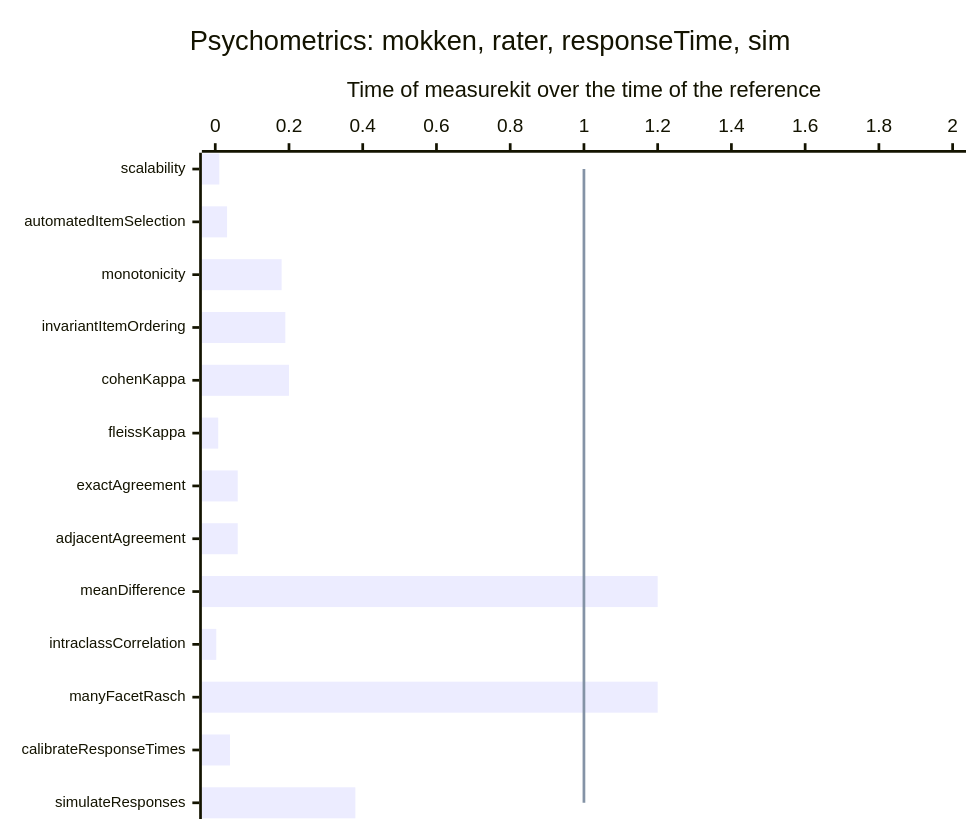
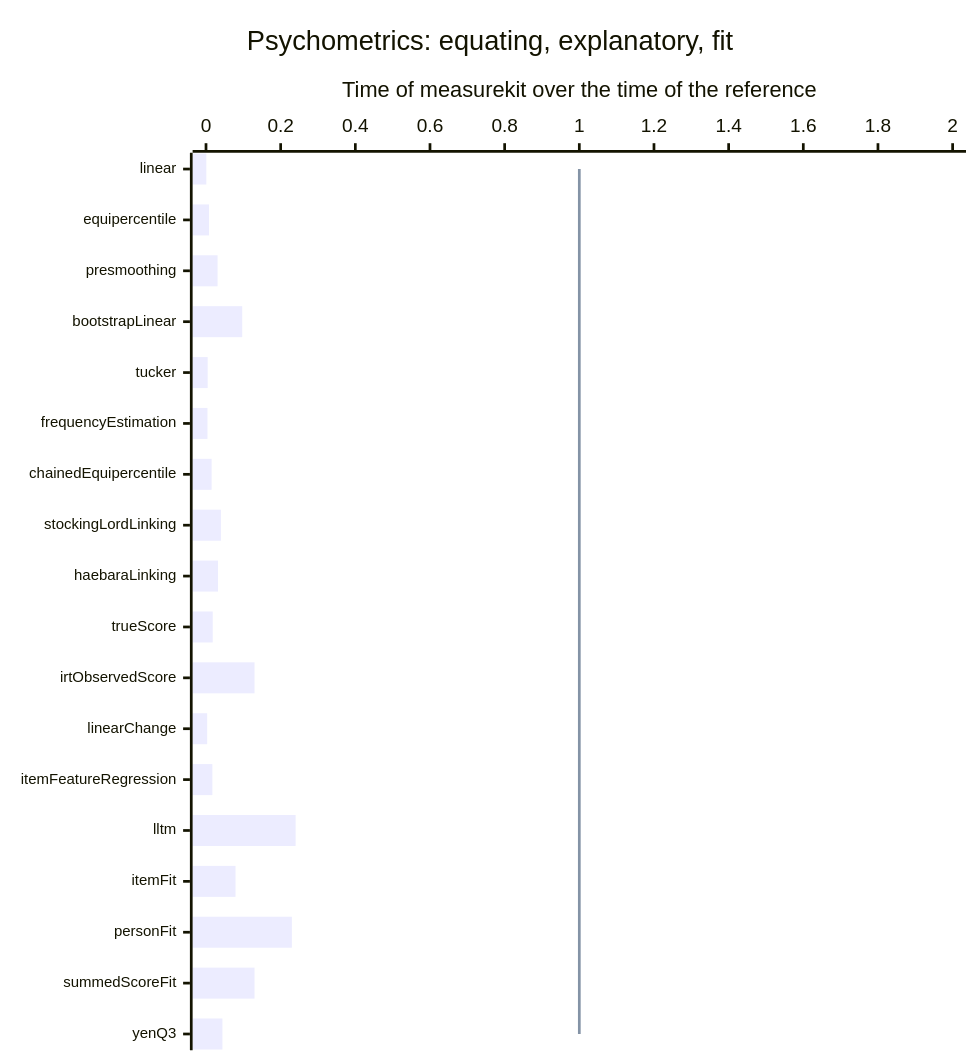
Before and after one commit to measurekit/measurekit: the sixth of 12 diagrams in docs/performance.md, drawn with Mermaid. The commit also changed other lines of this file and 2 other files, not shown here.

````diff
--- a/docs/performance.md
+++ b/docs/performance.md
@@ -63,9 +63,9 @@
 ```mermaid
-%%{init: {"xyChart": {"height": 592, "xAxis": {"labelFontSize": 11}}}}%%
+%%{init: {"xyChart": {"height": 762, "xAxis": {"labelFontSize": 11}}}}%%
 xychart-beta horizontal
-  title "Psychometrics: mokken, rater, responseTime, sim"
-  x-axis ["scalability", "automatedItemSelection", "monotonicity", "invariantItemOrdering", "cohenKappa", "fleissKappa", "exactAgreement", "adjacentAgreement", "meanDifference", "intraclassCorrelation", "manyFacetRasch", "calibrateResponseTimes", "simulateResponses"]
+  title "Psychometrics: equating, explanatory, fit"
+  x-axis ["linear", "equipercentile", "presmoothing", "bootstrapLinear", "tucker", "frequencyEstimation", "chainedEquipercentile", "stockingLordLinking", "haebaraLinking", "trueScore", "irtObservedScore", "linearChange", "itemFeatureRegression", "lltm", "itemFit", "personFit", "summedScoreFit", "yenQ3"]
   y-axis "Time of measurekit over the time of the reference" 0 --> 2
-  bar [0.011, 0.032, 0.18, 0.19, 0.2, 0.008, 0.061, 0.061, 1.2, 0.0028, 1.2, 0.04, 0.38]
-  line [1, 1, 1, 1, 1, 1, 1, 1, 1, 1, 1, 1, 1]
+  bar [0.00083, 0.008, 0.031, 0.097, 0.0044, 0.0039, 0.015, 0.04, 0.032, 0.018, 0.13, 0.0031, 0.017, 0.24, 0.079, 0.23, 0.13, 0.044]
+  line [1, 1, 1, 1, 1, 1, 1, 1, 1, 1, 1, 1, 1, 1, 1, 1, 1, 1]
 ```
````
